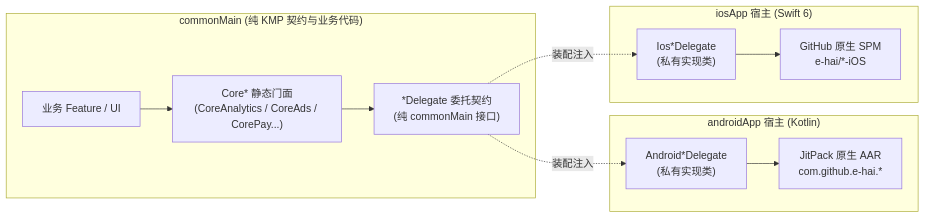
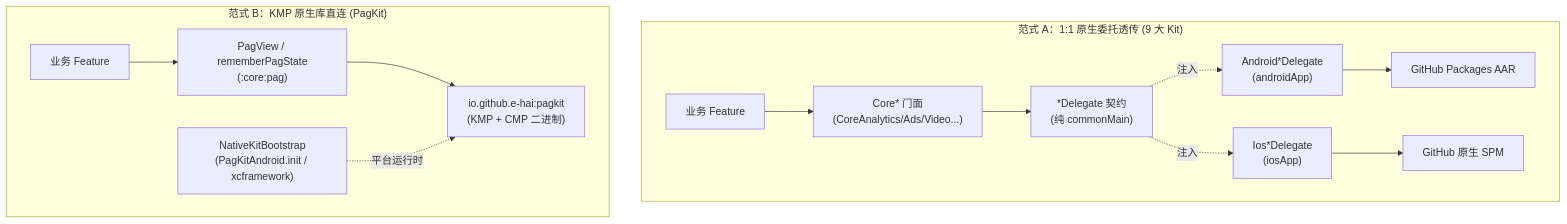
Before and after one commit to e-hai/Architecture: the fifth of 5 diagrams in README.md, drawn with Mermaid. The commit also changed other lines of this file and 4 other files, not shown here.

Commit message:
docs(arch): add ARCHITECTURE guide, ADR-0008, ADR-0009, and update AGENTS/README

````diff
--- a/README.md
+++ b/README.md
@@ -319,25 +323,19 @@
 ```mermaid
-flowchart LR
-    subgraph Common["commonMain (纯 KMP 契约与业务代码)"]
-        Biz["业务 Feature / UI"]
-        Facade["Core* 静态门面<br/>(CoreAnalytics / CoreAds / CorePay...)"]
-        Delegate["*Delegate 委托契约<br/>(纯 commonMain 接口)"]
-        Biz --> Facade
-        Facade --> Delegate
+flowchart TD
+    subgraph PatternA["范式 A：1:1 原生委托透传 (9 大 Kit)"]
+        direction LR
+        BizA["业务 Feature"] --> FacadeA["Core* 门面<br/>(CoreAnalytics/Ads/Video...)"]
+        FacadeA --> DelegateA["*Delegate 契约<br/>(纯 commonMain)"]
+        DelegateA -.->|注入| AndA["Android*Delegate<br/>(androidApp)"]
+        DelegateA -.->|注入| IosA["Ios*Delegate<br/>(iosApp)"]
+        AndA --> AarPkg["GitHub Packages AAR"]
+        IosA --> SpmPkg["GitHub 原生 SPM"]
     end
 
-    subgraph Android["androidApp 宿主 (Kotlin)"]
-        AndDelegate["Android*Delegate<br/>(私有实现类)"]
-        AndroidSDK["JitPack 原生 AAR<br/>com.github.e-hai.*"]
-        AndDelegate --> AndroidSDK
+    subgraph PatternB["范式 B：KMP 原生库直连 (PagKit)"]
+        direction LR
+        BizB["业务 Feature"] --> CMPUI["PagView / rememberPagState<br/>(:core:pag)"]
+        CMPUI --> PagLib["io.github.e-hai:pagkit<br/>(KMP + CMP 二进制)"]
+        HostInit["NativeKitBootstrap<br/>(PagKitAndroid.init / xcframework)"] -.->|平台运行时| PagLib
     end
-
-    subgraph iOS["iosApp 宿主 (Swift 6)"]
-        IosDelegate["Ios*Delegate<br/>(私有实现类)"]
-        IosSPM["GitHub 原生 SPM<br/>e-hai/*-iOS"]
-        IosDelegate --> IosSPM
-    end
-
-    Delegate -.->|装配注入| AndDelegate
-    Delegate -.->|装配注入| IosDelegate
 ```
````
